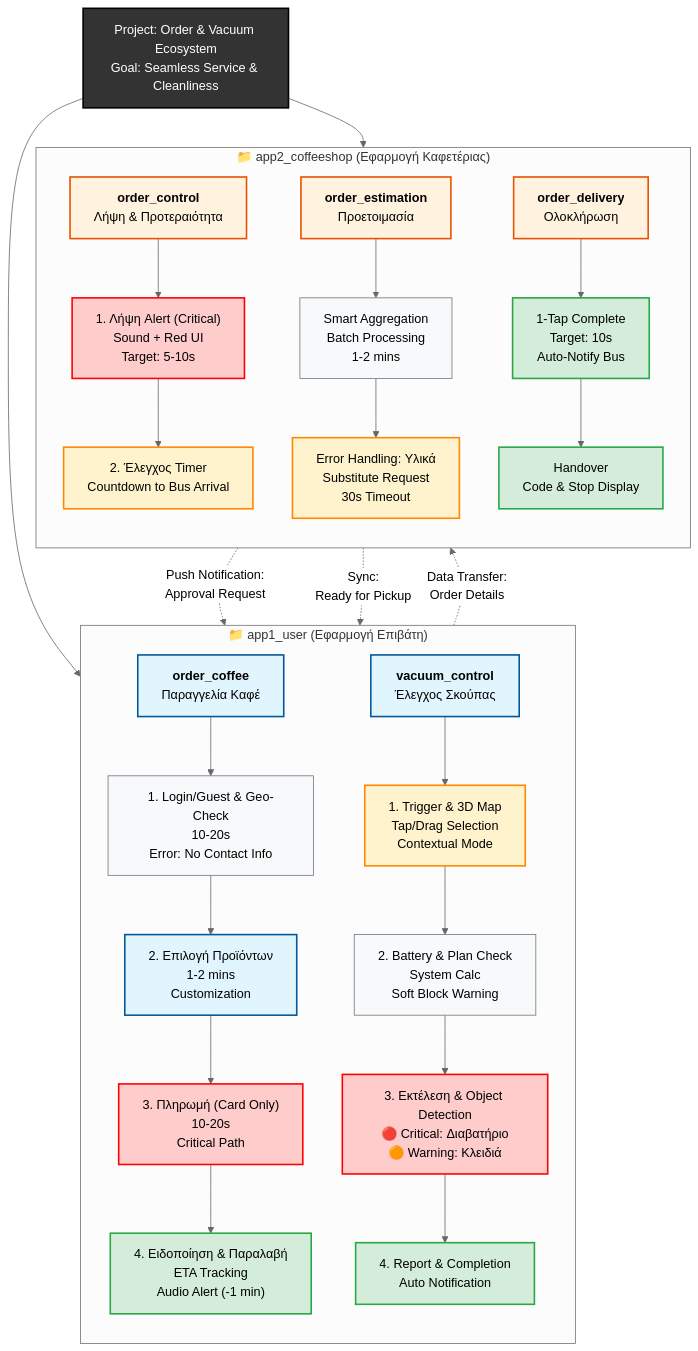
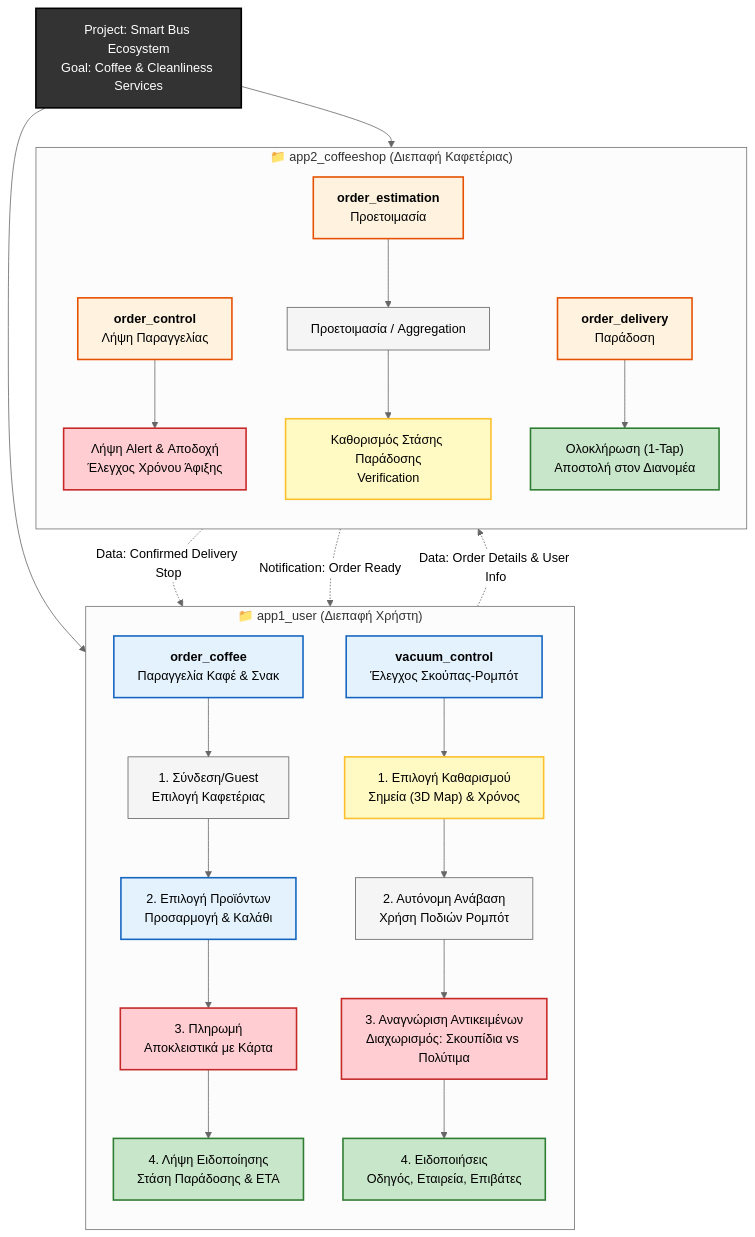
Before and after one commit to pantelispal/human-computer_interaction: the diagram in project.md, drawn with Mermaid (neutral theme).

````diff
--- a/project.md
+++ b/project.md
@@ -1,88 +1,90 @@
 ```mermaid
 flowchart TD
     %% Κεντρικός Στόχος
-    GOAL["Project: Order & Vacuum Ecosystem<br/>Goal: Seamless Service & Cleanliness"]:::main
+    GOAL["Project: Smart Bus Ecosystem<br/>Goal: Coffee & Cleanliness Services"]:::main
 
     %% ---------------------------------------------------------
-    %% APP 1: USER SIDE
+    %% APP 1: USER SIDE (Επιβάτης / Διαχειριστής)
     %% ---------------------------------------------------------
-    subgraph APP1["📁 app1_user (Εφαρμογή Επιβάτη)"]
+    subgraph APP1["📁 app1_user (Διεπαφή Χρήστη)"]
         direction TB
         
         %% --- Module: Order Coffee ---
-        U1["<b>order_coffee</b><br/>Παραγγελία Καφέ"]:::userAction
+        %% Βασισμένο στην εκφώνηση: Παραγγελία από συνεργαζόμενες καφετέριες [cite: 66]
+        U1["<b>order_coffee</b><br/>Παραγγελία Καφέ & Σνακ"]:::userAction
         
-        U1A["1. Login/Guest & Geo-Check<br/>10-20s<br/>Error: No Contact Info"]:::info
-        U1B["2. Επιλογή Προϊόντων<br/>1-2 mins<br/>Customization"]:::userAction
-        U1C["3. Πληρωμή (Card Only)<br/>10-20s<br/>Critical Path"]:::critical
-        U1D["4. Ειδοποίηση & Παραλαβή<br/>ETA Tracking<br/>Audio Alert (-1 min)"]:::success
+        U1A["1. Σύνδεση/Guest<br/>Επιλογή Καφετέριας"]:::info
+        U1B["2. Επιλογή Προϊόντων<br/>Προσαρμογή & Καλάθι"]:::userAction
+        U1C["3. Πληρωμή<br/>Αποκλειστικά με Κάρτα"]:::critical
+        U1D["4. Λήψη Ειδοποίησης<br/>Στάση Παράδοσης & ETA"]:::success
 
         U1 --> U1A --> U1B --> U1C --> U1D
 
         %% --- Module: Vacuum Control ---
-        U2["<b>vacuum_control</b><br/>Έλεγχος Σκούπας"]:::userAction
+        %% Βασισμένο στην εκφώνηση: Σκούπα-Ρομπότ, Πόδια, Αναγνώριση [cite: 70-74]
+        U2["<b>vacuum_control</b><br/>Έλεγχος Σκούπας-Ρομπότ"]:::userAction
         
-        U2A["1. Trigger & 3D Map<br/>Tap/Drag Selection<br/>Contextual Mode"]:::warning
-        U2B["2. Battery & Plan Check<br/>System Calc<br/>Soft Block Warning"]:::info
-        U2C["3. Εκτέλεση & Object Detection<br/>🔴 Critical: Διαβατήριο<br/>🟠 Warning: Κλειδιά"]:::critical
-        U2D["4. Report & Completion<br/>Auto Notification"]:::success
+        U2A["1. Επιλογή Καθαρισμού<br/>Σημεία (3D Map) & Χρόνος"]:::warning
+        U2B["2. Αυτόνομη Ανάβαση<br/>Χρήση Ποδιών Ρομπότ"]:::info
+        U2C["3. Αναγνώριση Αντικειμένων<br/>Διαχωρισμός: Σκουπίδια vs Πολύτιμα"]:::critical
+        U2D["4. Ειδοποιήσεις<br/>Οδηγός, Εταιρεία, Επιβάτες"]:::success
 
         U2 --> U2A --> U2B --> U2C --> U2D
     end
 
     %% ---------------------------------------------------------
-    %% APP 2: COFFEE SHOP SIDE
+    %% APP 2: COFFEE SHOP SIDE (Καφετέρια)
     %% ---------------------------------------------------------
-    subgraph APP2["📁 app2_coffeeshop (Εφαρμογή Καφετέριας)"]
+    subgraph APP2["📁 app2_coffeeshop (Διεπαφή Καφετέριας)"]
         direction TB
         
         %% --- Module: Order Control ---
-        S1["<b>order_control</b><br/>Λήψη & Προτεραιότητα"]:::shopAction
+        %% Η καφετέρια λαμβάνει την εντολή 
+        S1["<b>order_control</b><br/>Λήψη Παραγγελίας"]:::shopAction
         
-        S1A["1. Λήψη Alert (Critical)<br/>Sound + Red UI<br/>Target: 5-10s"]:::critical
-        S1B["2. Έλεγχος Timer<br/>Countdown to Bus Arrival"]:::warning
+        S1A["Λήψη Alert & Αποδοχή<br/>Έλεγχος Χρόνου Άφιξης"]:::critical
 
-        S1 --> S1A --> S1B
+        S1 --> S1A
 
         %% --- Module: Order Estimation ---
+        %% Ειδοποίηση για στάση παράδοσης 
         S2["<b>order_estimation</b><br/>Προετοιμασία"]:::shopAction
         
-        S2A["Smart Aggregation<br/>Batch Processing<br/>1-2 mins"]:::info
-        S2B["Error Handling: Υλικά<br/>Substitute Request<br/>30s Timeout"]:::warning
+        S2A["Προετοιμασία / Aggregation"]:::info
+        S2B["Καθορισμός Στάσης Παράδοσης<br/>Verification"]:::warning
 
         S2 --> S2A --> S2B
 
         %% --- Module: Order Delivery ---
-        S3["<b>order_delivery</b><br/>Ολοκλήρωση"]:::shopAction
+        S3["<b>order_delivery</b><br/>Παράδοση"]:::shopAction
         
-        S3A["1-Tap Complete<br/>Target: 10s<br/>Auto-Notify Bus"]:::success
-        S3B["Handover<br/>Code & Stop Display"]:::success
+        S3A["Ολοκλήρωση (1-Tap)<br/>Αποστολή στον Διανομέα"]:::success
 
-        S3 --> S3A --> S3B
+        S3 --> S3A
     end
 
     %% ---------------------------------------------------------
-    %% ΣΥΝΔΕΣΕΙΣ ΜΕΤΑΞΥ ΕΦΑΡΜΟΓΩΝ
+    %% ΣΥΝΔΕΣΕΙΣ (DATA FLOW)
     %% ---------------------------------------------------------
     GOAL --> APP1
     GOAL --> APP2
 
-    %% Η Πληρωμή (App1) στέλνει την παραγγελία στο App2
-    U1C -.->|"Data Transfer:<br/>Order Details"| S1A
+    %% Ροή 1: Η πληρωμή (App1) στέλνει τα δεδομένα στην καφετέρια (App2)
+    U1C -.->|"Data: Order Details & User Info"| S1A
 
-    %% Η Αντικατάσταση Υλικού (App2) ρωτάει τον χρήστη (App1)
-    S2B -.->|"Push Notification:<br/>Approval Request"| U1B
+    %% Ροή 2: Η καφετέρια (App2) επιβεβαιώνει τη στάση παράδοσης στο App1 
+    S2B -.->|"Data: Confirmed Delivery Stop"| U1D
 
-    %% Το 1-Tap Complete (App2) ενημερώνει τον χρήστη (App1)
-    S3A -.->|"Sync:<br/>Ready for Pickup"| U1D
+    %% Ροή 3: Η ολοκλήρωση (App2) ενημερώνει τελικά τον χρήστη (App1)
+    S3A -.->|"Notification: Order Ready"| U1D
 
     %% Styles
     classDef main fill:#333,stroke:#000,stroke-width:2px,color:#fff
-    classDef userAction fill:#e1f5fe,stroke:#01579b,stroke-width:2px
+    classDef userAction fill:#e3f2fd,stroke:#1565c0,stroke-width:2px
     classDef shopAction fill:#fff3e0,stroke:#e65100,stroke-width:2px
     
-    classDef critical fill:#ffcccc,stroke:#ff0000,stroke-width:2px
-    classDef warning fill:#fff3cd,stroke:#ff8800,stroke-width:2px
-    classDef success fill:#d4edda,stroke:#28a745,stroke-width:2px
-    classDef info fill:#f8f9fa,stroke:#6c757d,stroke-width:1px
+    classDef critical fill:#ffcdd2,stroke:#c62828,stroke-width:2px
+    classDef warning fill:#fff9c4,stroke:#fbc02d,stroke-width:2px
+    classDef success fill:#c8e6c9,stroke:#2e7d32,stroke-width:2px
+    classDef info fill:#f5f5f5,stroke:#616161,stroke-width:1px
 ```
````
